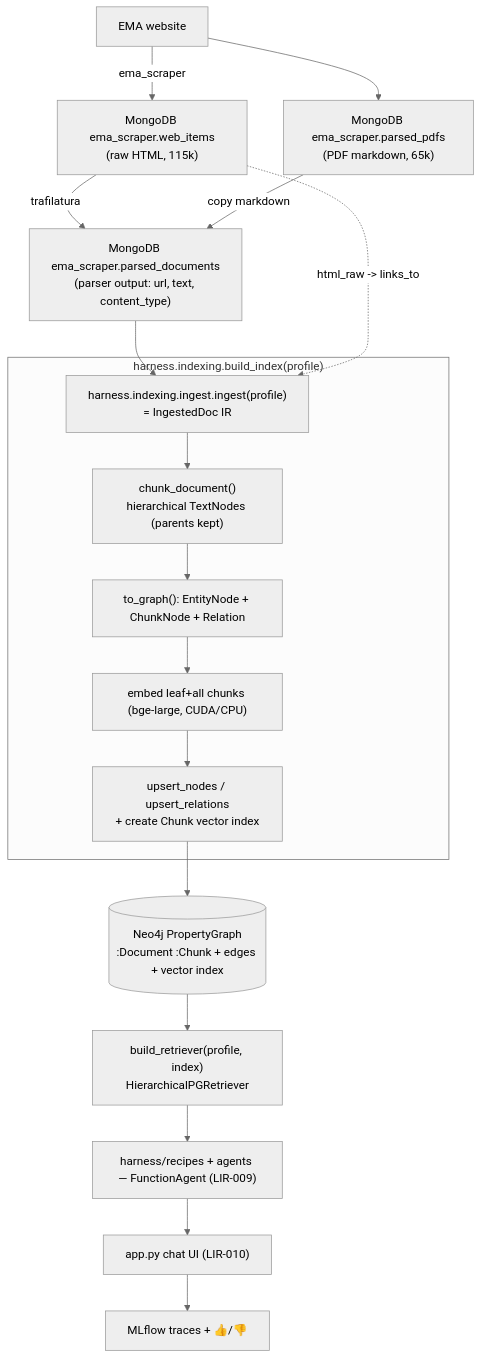
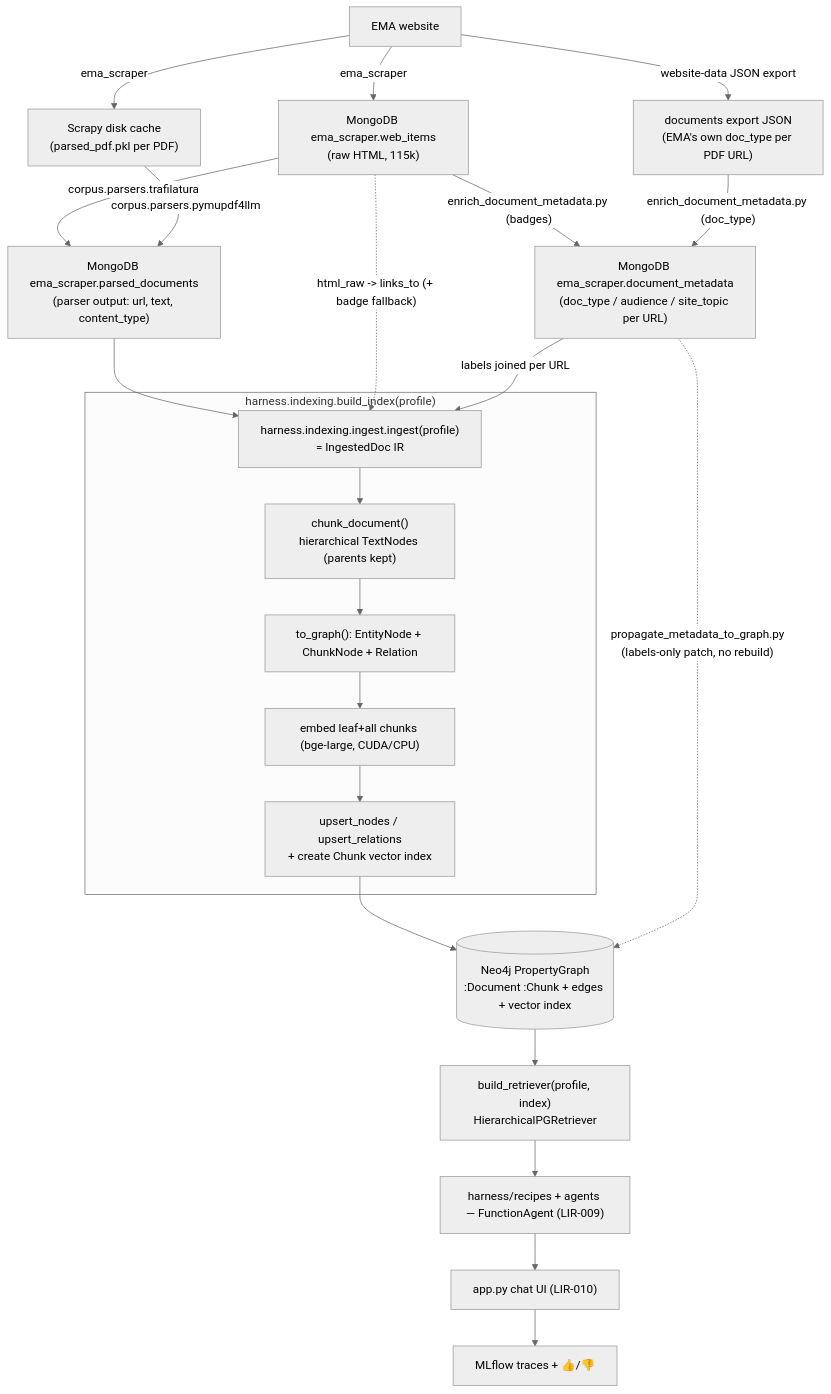
Before and after one commit to MoritzImendoerffer/ema_nlp: the first of 3 diagrams in docs/RETRIEVAL.md, drawn with Mermaid (neutral theme). The commit also changed other lines of this file and 16 other files, not shown here.

First line of the commit message:
feat(indexing): canonical document_metadata collection + centralized graph pipeline

````diff
--- a/docs/RETRIEVAL.md
+++ b/docs/RETRIEVAL.md
@@ -44,24 +44,30 @@
 ```mermaid
 flowchart TD
     EMA[EMA website] -->|ema_scraper| WI["MongoDB ema_scraper.web_items<br/>(raw HTML, 115k)"]
-    EMA --> PP["MongoDB ema_scraper.parsed_pdfs<br/>(PDF markdown, 65k)"]
+    EMA -->|ema_scraper| SC["Scrapy disk cache<br/>(parsed_pdf.pkl per PDF)"]
+    EMA -->|website-data JSON export| EX["documents export JSON<br/>(EMA's own doc_type per PDF URL)"]
 
-    WI -->|trafilatura| PD["MongoDB ema_scraper.parsed_documents<br/>(parser output: url, text, content_type)"]
-    PP -->|copy markdown| PD
+    WI -->|"corpus.parsers.trafilatura"| PD["MongoDB ema_scraper.parsed_documents<br/>(parser output: url, text, content_type)"]
+    SC -->|"corpus.parsers.pymupdf4llm"| PD
+
+    WI -->|"enrich_document_metadata.py (badges)"| DM["MongoDB ema_scraper.document_metadata<br/>(doc_type / audience / site_topic per URL)"]
+    EX -->|"enrich_document_metadata.py (doc_type)"| DM
 
     PD --> ING["harness.indexing.ingest.ingest(profile)<br/>= IngestedDoc IR"]
-    WI -. "html_raw -> links_to" .-> ING
+    WI -. "html_raw -> links_to (+ badge fallback)" .-> ING
+    DM -- "labels joined per URL" --> ING
 
     subgraph BUILD["harness.indexing.build_index(profile)"]
       ING --> CH["chunk_document()<br/>hierarchical TextNodes (parents kept)"]
       CH --> TG["to_graph(): EntityNode + ChunkNode + Relation"]
       TG --> EMB["embed leaf+all chunks (bge-large, CUDA/CPU)"]
       EMB --> UP["upsert_nodes / upsert_relations<br/>+ create Chunk vector index"]
     end
 
     UP --> NEO[("Neo4j PropertyGraph<br/>:Document :Chunk + edges + vector index")]
+    DM -. "propagate_metadata_to_graph.py<br/>(labels-only patch, no rebuild)" .-> NEO
     NEO --> RET["build_retriever(profile, index)<br/>HierarchicalPGRetriever"]
     RET --> WF["harness/recipes + agents — FunctionAgent (LIR-009)"]
     WF --> APP["app.py chat UI (LIR-010)"]
     APP --> PHX[MLflow traces + 👍/👎]
 ```
````
